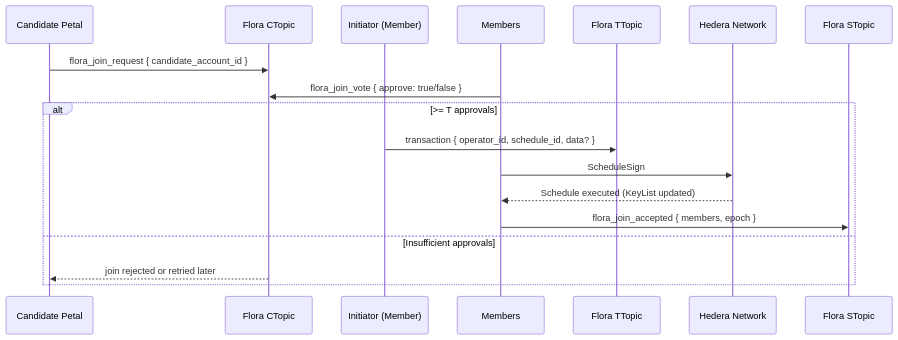
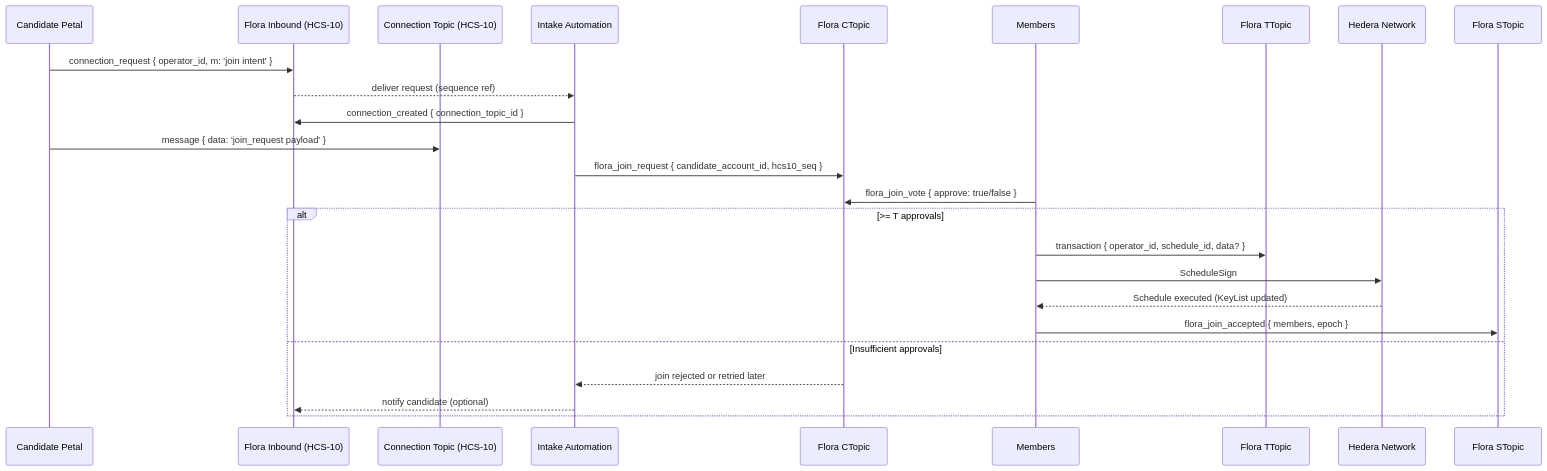
Before and after one commit to hashgraph-online/hcs-improvement-proposals: the second of 2 diagrams in docs/standards/hcs-16.md, drawn with Mermaid. The commit also changed other lines of this file and 1 other file, not shown here.

Commit message:
chore: cleanup flows

````diff
--- a/docs/standards/hcs-16.md
+++ b/docs/standards/hcs-16.md
@@ -622,22 +551,29 @@
 ```mermaid
 sequenceDiagram
     participant C as Candidate Petal
+    participant HT as Flora Inbound (HCS-10)
+    participant CTX as Connection Topic (HCS-10)
+    participant IA as Intake Automation
     participant CT as Flora CTopic
-    participant I as Initiator (Member)
     participant M as Members
     participant TT as Flora TTopic
     participant N as Hedera Network
     participant ST as Flora STopic
 
-    C->>CT: flora_join_request { candidate_account_id }
+    C->>HT: connection_request { operator_id, m: 'join intent' }
+    HT-->>IA: deliver request (sequence ref)
+    IA->>HT: connection_created { connection_topic_id }
+    C->>CTX: message { data: 'join_request payload' }
+    IA->>CT: flora_join_request { candidate_account_id, hcs10_seq }
     M->>CT: flora_join_vote { approve: true/false }
 
     alt >= T approvals
-      I->>TT: transaction { operator_id, schedule_id, data? }
+      M->>TT: transaction { operator_id, schedule_id, data? }
       M->>N: ScheduleSign
       N-->>M: Schedule executed (KeyList updated)
       M->>ST: flora_join_accepted { members, epoch }
     else Insufficient approvals
-      CT-->>C: join rejected or retried later
+      CT-->>IA: join rejected or retried later
+      IA-->>HT: notify candidate (optional)
     end
 ```
````
